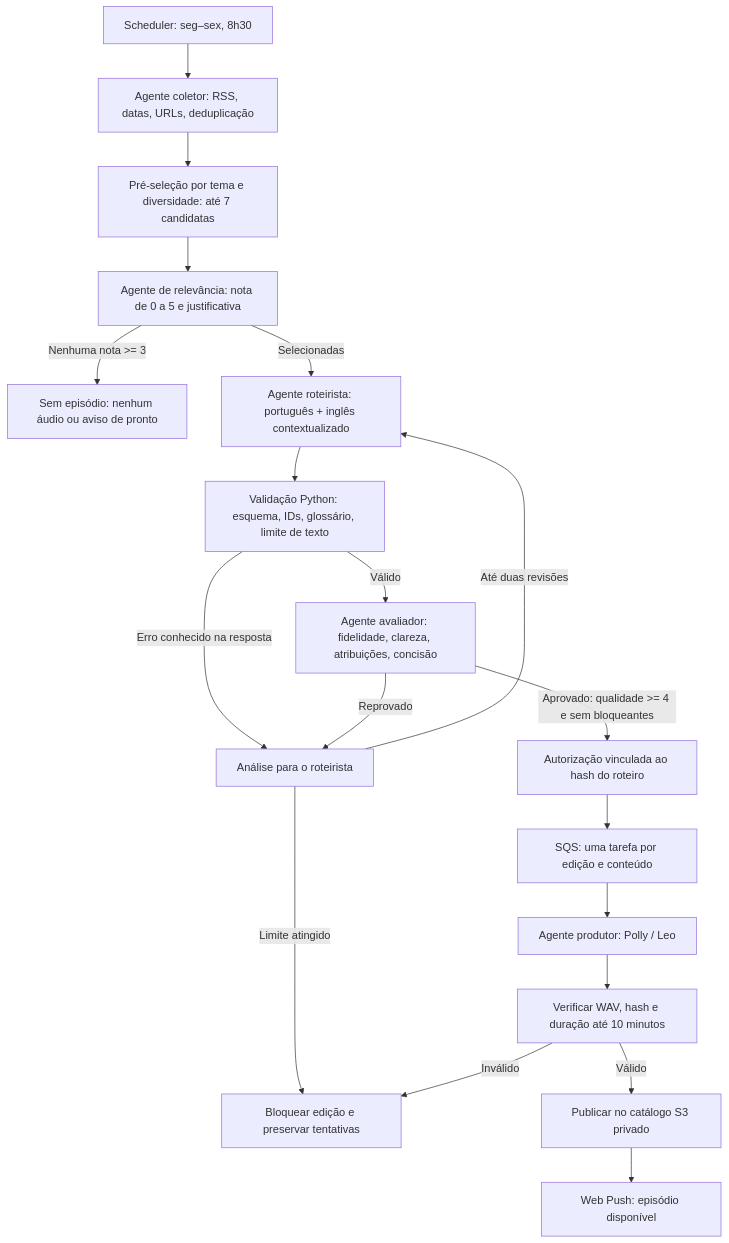
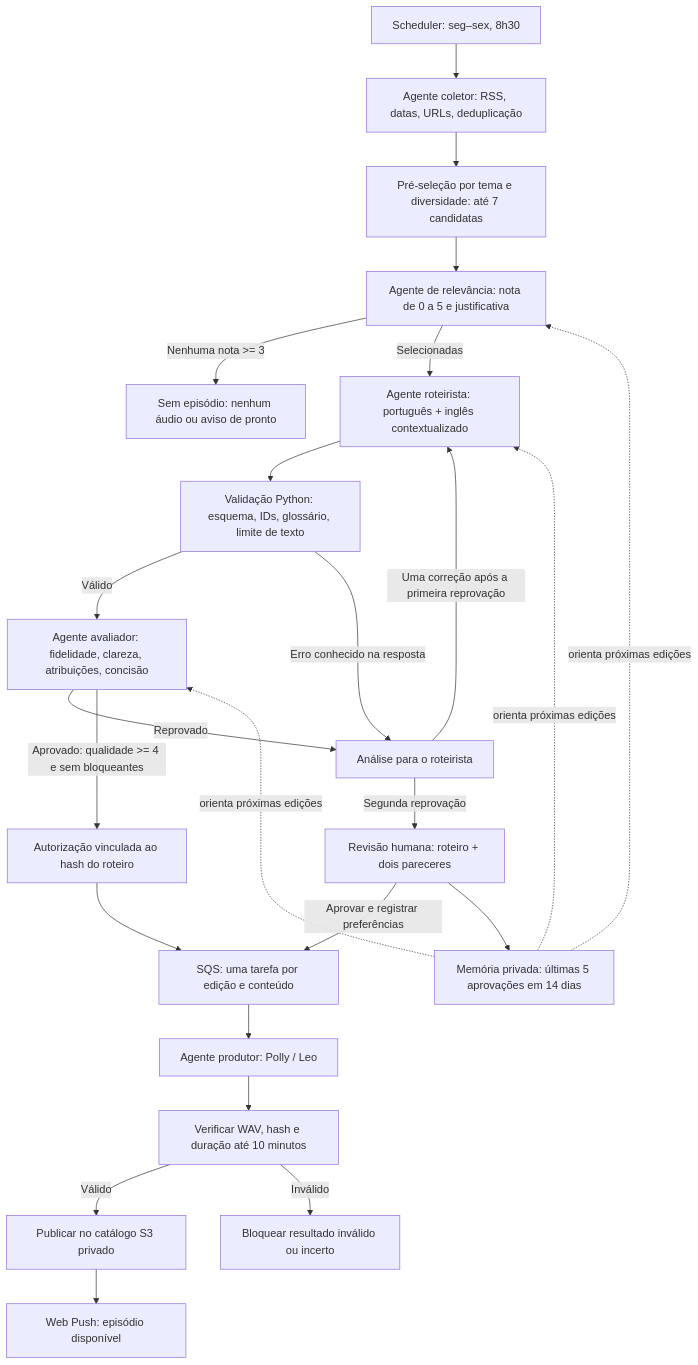
Before and after one commit to jjsjunior3/radar-ia: the diagram in docs/16-agentes-editoriais.md, drawn with Mermaid. The commit also changed other lines of this file and 30 other files, not shown here.

Commit message:
feat: revisao humana apos duas reprovacoes e memoria editorial

````diff
--- a/docs/16-agentes-editoriais.md
+++ b/docs/16-agentes-editoriais.md
@@ -5,21 +5,27 @@
 ```mermaid
 flowchart TD
     S[Scheduler: seg–sex, 8h30] --> C[Agente coletor: RSS, datas, URLs, deduplicação]
-    C --> H[Pré-seleção por tema e diversidade: até 7 candidatas]
-    H --> R[Agente de relevância: nota de 0 a 5 e justificativa]
+    C --> PRE[Pré-seleção por tema e diversidade: até 7 candidatas]
+    PRE --> R[Agente de relevância: nota de 0 a 5 e justificativa]
     R -->|Nenhuma nota >= 3| N[Sem episódio: nenhum áudio ou aviso de pronto]
     R -->|Selecionadas| W[Agente roteirista: português + inglês contextualizado]
     W --> V[Validação Python: esquema, IDs, glossário, limite de texto]
     V -->|Válido| A[Agente avaliador: fidelidade, clareza, atribuições, concisão]
     V -->|Erro conhecido na resposta| F[Análise para o roteirista]
     A -->|Reprovado| F
-    F -->|Até duas revisões| W
-    F -->|Limite atingido| B[Bloquear edição e preservar tentativas]
+    F -->|Uma correção após a primeira reprovação| W
+    F -->|Segunda reprovação| H[Revisão humana: roteiro + dois pareceres]
+    H -->|Aprovar e registrar preferências| Q
+    H --> M[Memória privada: últimas 5 aprovações em 14 dias]
+    M -. orienta próximas edições .-> R
+    M -. orienta próximas edições .-> W
+    M -. orienta próximas edições .-> A
+    B[Bloquear resultado inválido ou incerto]
     A -->|Aprovado: qualidade >= 4 e sem bloqueantes| P[Autorização vinculada ao hash do roteiro]
     P --> Q[SQS: uma tarefa por edição e conteúdo]
     Q --> T[Agente produtor: Polly / Leo]
     T --> I[Verificar WAV, hash e duração até 10 minutos]
     I -->|Válido| U[Publicar no catálogo S3 privado]
     I -->|Inválido| B
     U --> X[Web Push: episódio disponível]
 ```
````
